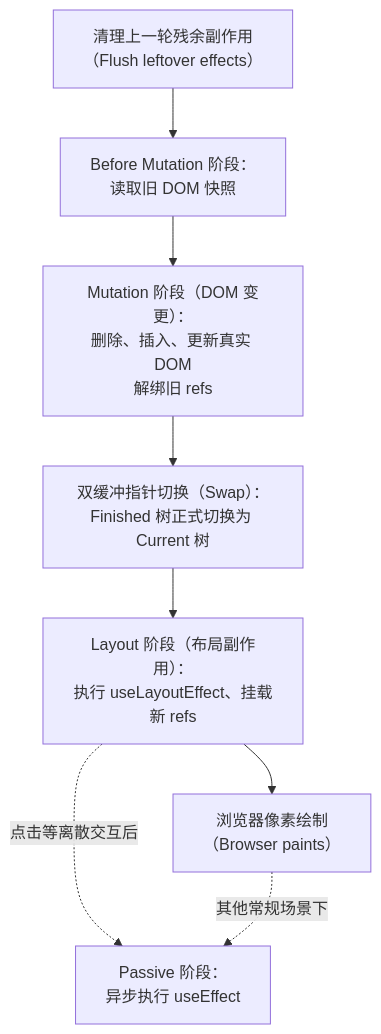
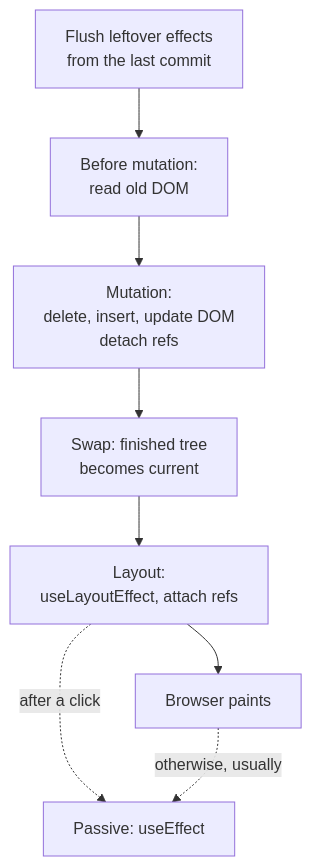
One commit to ZhaoTim/react-garden-zh changed the diagram in content/react-concepts/08 The Commit Phase and Effects.md. Above: the diagram before and after it, drawn with Mermaid. The commit also changed 12 other files, not shown here.

Commit message:
fix: restore all Mermaid diagrams to original English technical terms

````diff
--- a/content/react-concepts/08 The Commit Phase and Effects.md
+++ b/content/react-concepts/08 The Commit Phase and Effects.md
@@ -25,10 +25,10 @@
 ```mermaid
 flowchart TD
-  A["清理上一轮残余副作用<br/>（Flush leftover effects）"] --> B["Before Mutation 阶段：<br/>读取旧 DOM 快照"]
-  B --> C["Mutation 阶段（DOM 变更）：<br/>删除、插入、更新真实 DOM<br/>解绑旧 refs"]
-  C --> D["双缓冲指针切换（Swap）：<br/>Finished 树正式切换为 Current 树"]
-  D --> E["Layout 阶段（布局副作用）：<br/>执行 useLayoutEffect、挂载新 refs"]
-  E --> P["浏览器像素绘制<br/>（Browser paints）"]
-  E -.->|"点击等离散交互后"| F["Passive 阶段：<br/>异步执行 useEffect"]
-  P -.->|"其他常规场景下"| F
+  A["Flush leftover effects<br/>from the last commit"] --> B["Before mutation:<br/>read old DOM"]
+  B --> C["Mutation:<br/>delete, insert, update DOM<br/>detach refs"]
+  C --> D["Swap: finished tree<br/>becomes current"]
+  D --> E["Layout:<br/>useLayoutEffect, attach refs"]
+  E --> P["Browser paints"]
+  E -.->|"after a click"| F["Passive: useEffect"]
+  P -.->|"otherwise, usually"| F
 ```
````
